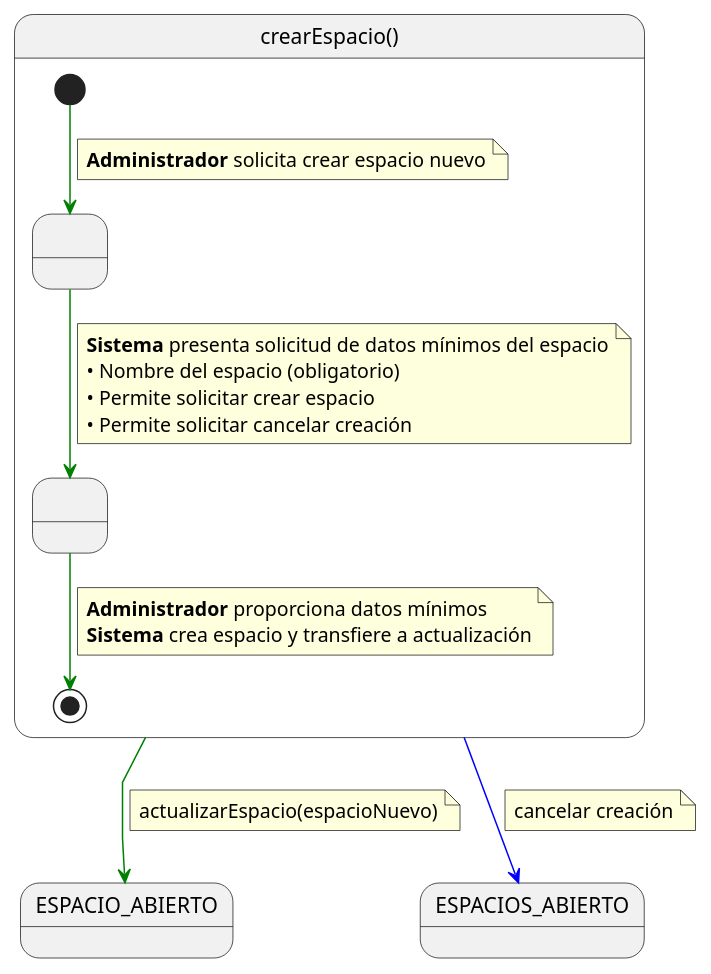
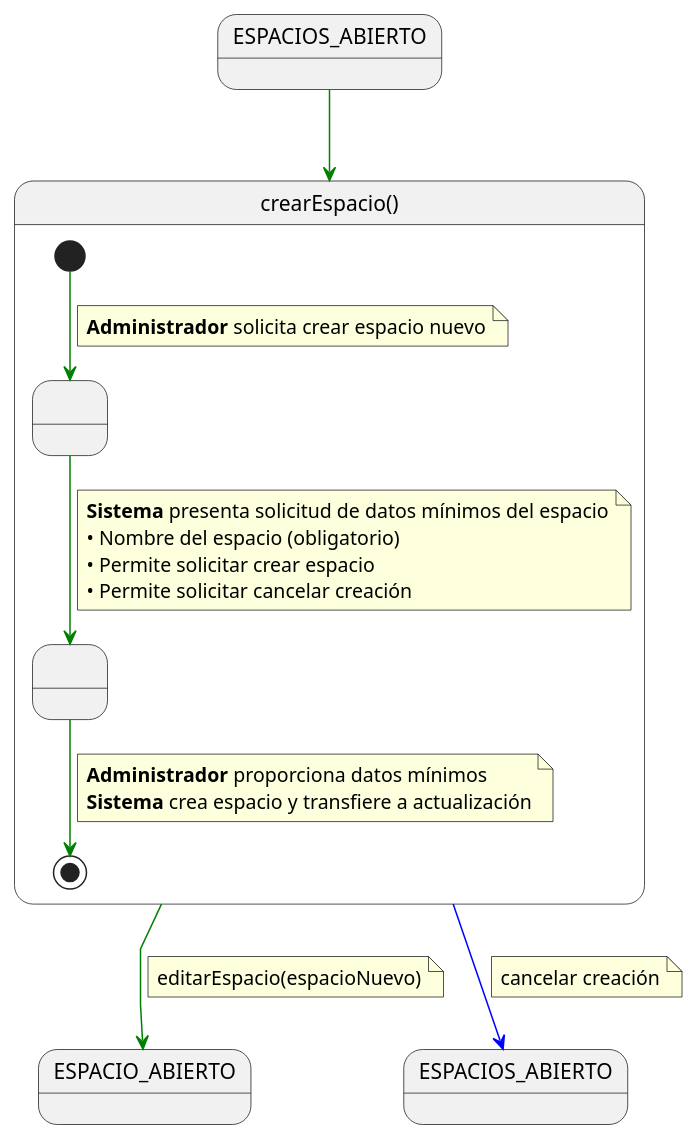
One commit to Camila-Lesly/25-26-idsw1-sdr changed the diagram in documentos/01-casoDeUso/3-DetallarCasosDeUso/0-Administrador/crearEspacio/crearEspacio.puml. Above: the diagram before and after it, drawn with PlantUML. The commit also changed 23 other files, not shown here.

```diff
--- a/documentos/01-casoDeUso/3-DetallarCasosDeUso/0-Administrador/crearEspacio/crearEspacio.puml
+++ b/documentos/01-casoDeUso/3-DetallarCasosDeUso/0-Administrador/crearEspacio/crearEspacio.puml
@@ -1,40 +1,43 @@
 @startuml crearEspacio
 
 skinparam linetype polyline
+
+state in1 as "ESPACIOS_ABIERTO"
+in1 -[#green]-> crearEspacio
 
 state crearEspacio as "crearEspacio()" {
 
     state " " as SolicitandoDatos
     state " " as CreandoEspacio
 
     [*] -[#green]-> SolicitandoDatos 
     note on link
     <b>Administrador</b> solicita crear espacio nuevo
     end note    
     
     SolicitandoDatos -[#green]-> CreandoEspacio
     note on link
     <b>Sistema</b> presenta solicitud de datos mínimos del espacio
     • Nombre del espacio (obligatorio)
     • Permite solicitar crear espacio
     • Permite solicitar cancelar creación
     end note
     
     CreandoEspacio -[#green]-> [*]
     note on link
     <b>Administrador</b> proporciona datos mínimos
     <b>Sistema</b> crea espacio y transfiere a actualización
     end note
 }
 
 crearEspacio -[#green]-> ESPACIO_ABIERTO
 note on link
-actualizarEspacio(espacioNuevo)
+editarEspacio(espacioNuevo)
 end note
 
 crearEspacio -[#blue]-> ESPACIOS_ABIERTO
 note on link
 cancelar creación
 end note
 
 @enduml
```
